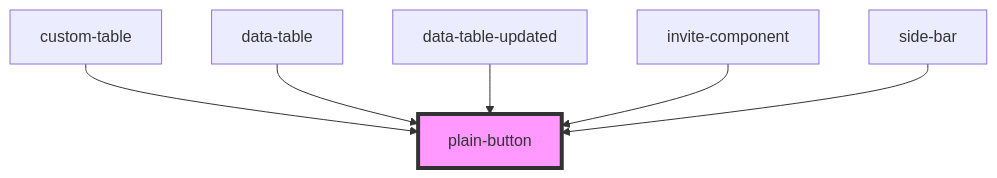
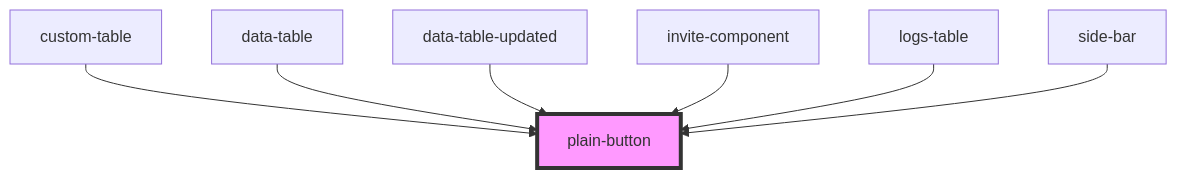
Before and after one commit to techvariable/NeptuneConnectComponents: the diagram in src/components/plain-button/readme.md, drawn with Mermaid. The commit also changed other lines of this file and 11 other files, not shown here.

````diff
--- a/src/components/plain-button/readme.md
+++ b/src/components/plain-button/readme.md
@@ -32,9 +33,10 @@
 ```mermaid
 graph TD;
   custom-table --> plain-button
   data-table --> plain-button
   data-table-updated --> plain-button
   invite-component --> plain-button
+  logs-table --> plain-button
   side-bar --> plain-button
   style plain-button fill:#f9f,stroke:#333,stroke-width:4px
 ```
````
